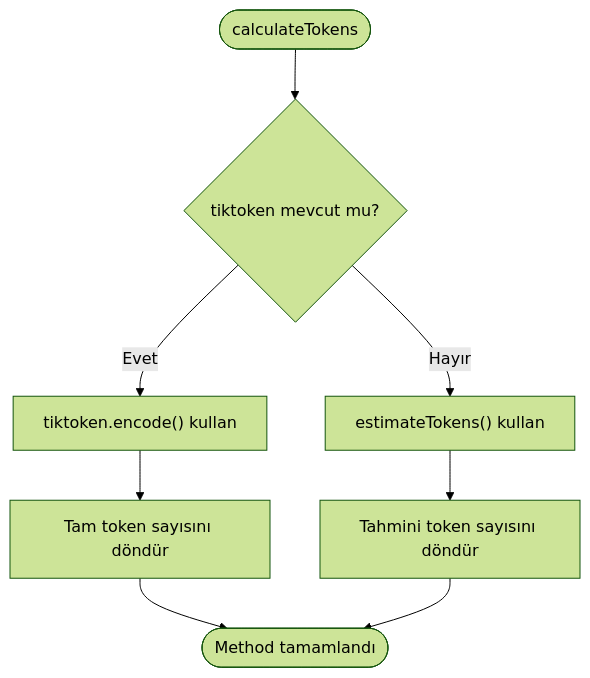
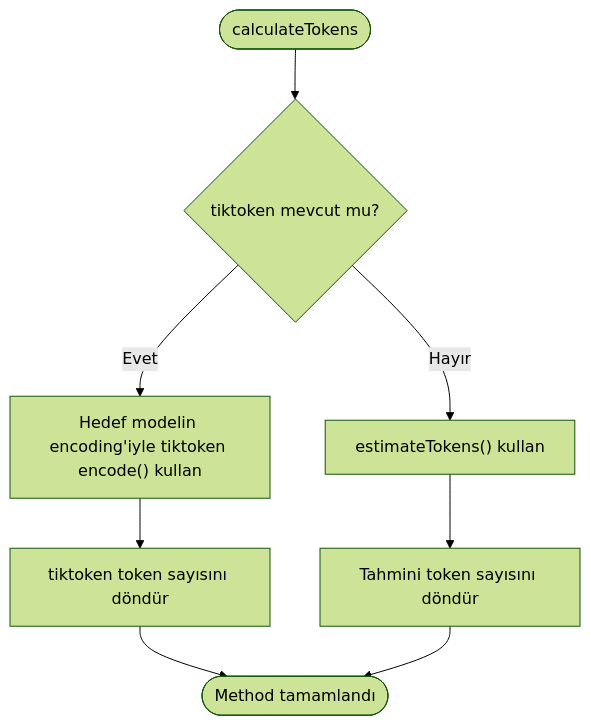
Before and after one commit to hakkisagdic/ctxman: the first of 4 diagrams in docs/content-tr/Temel-Ozellikler/Token-Sayma.md, drawn with Mermaid (forest theme). The commit also changed other lines of this file and 352 other files, not shown here.

````diff
--- a/docs/content-tr/Temel-Ozellikler/Token-Sayma.md
+++ b/docs/content-tr/Temel-Ozellikler/Token-Sayma.md
@@ -39,10 +39,10 @@
 ```mermaid
 flowchart TD
 Start([calculateTokens]) --> CheckTiktoken{"tiktoken mevcut mu?"}
-CheckTiktoken --> |Evet| ExactCounting["tiktoken.encode() kullan"]
+CheckTiktoken --> |Evet| ExactCounting["Hedef modelin encoding'iyle tiktoken encode() kullan"]
 CheckTiktoken --> |Hayır| EstimateCounting["estimateTokens() kullan"]
-ExactCounting --> ReturnExact["Tam token sayısını döndür"]
+ExactCounting --> ReturnExact["tiktoken token sayısını döndür"]
 EstimateCounting --> ReturnEstimate["Tahmini token sayısını döndür"]
 ReturnExact --> End([Method tamamlandı])
 ReturnEstimate --> End
 ```
````
